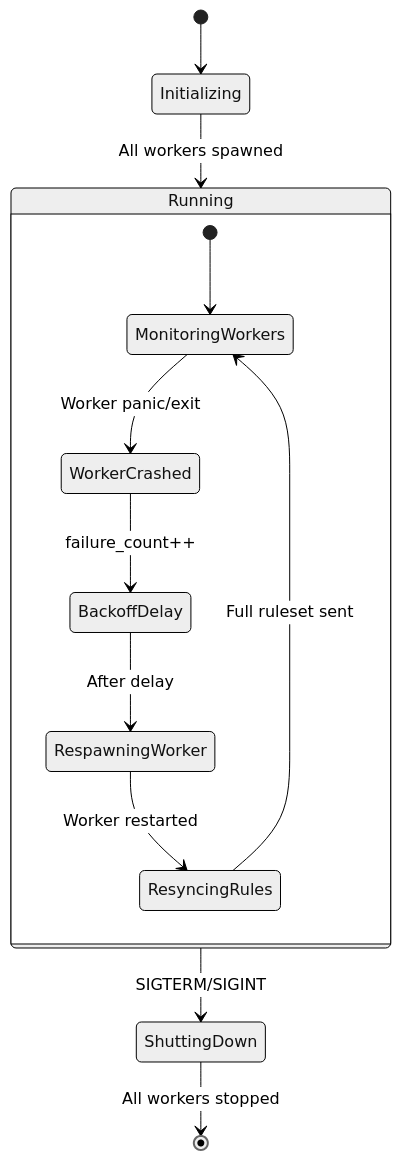
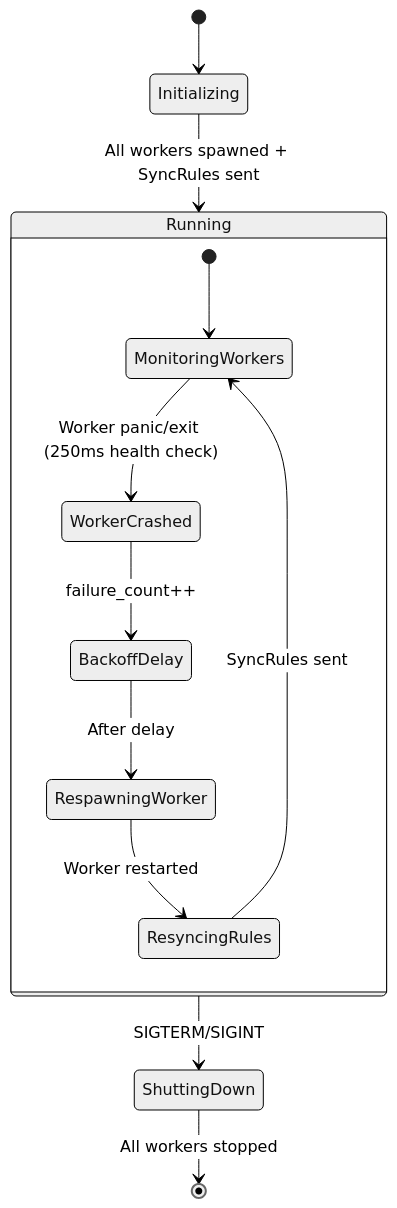
The third of 3 diagrams in developer_docs/ARCHITECTURE.md (acooks/mcr), drawn with Mermaid (neutral theme) before and after one commit. The commit also changed other lines of this file and 5 other files, not shown here.

````diff
--- a/developer_docs/ARCHITECTURE.md
+++ b/developer_docs/ARCHITECTURE.md
@@ -428,17 +334,17 @@
 ```mermaid
 stateDiagram-v2
     [*] --> Initializing
-    Initializing --> Running: All workers spawned
+    Initializing --> Running: All workers spawned + SyncRules sent
 
     state Running {
         [*] --> MonitoringWorkers
-        MonitoringWorkers --> WorkerCrashed: Worker panic/exit
+        MonitoringWorkers --> WorkerCrashed: Worker panic/exit (250ms health check)
         WorkerCrashed --> BackoffDelay: failure_count++
         BackoffDelay --> RespawningWorker: After delay
         RespawningWorker --> ResyncingRules: Worker restarted
-        ResyncingRules --> MonitoringWorkers: Full ruleset sent
+        ResyncingRules --> MonitoringWorkers: SyncRules sent
     }
 
     Running --> ShuttingDown: SIGTERM/SIGINT
     ShuttingDown --> [*]: All workers stopped
 ```
````
